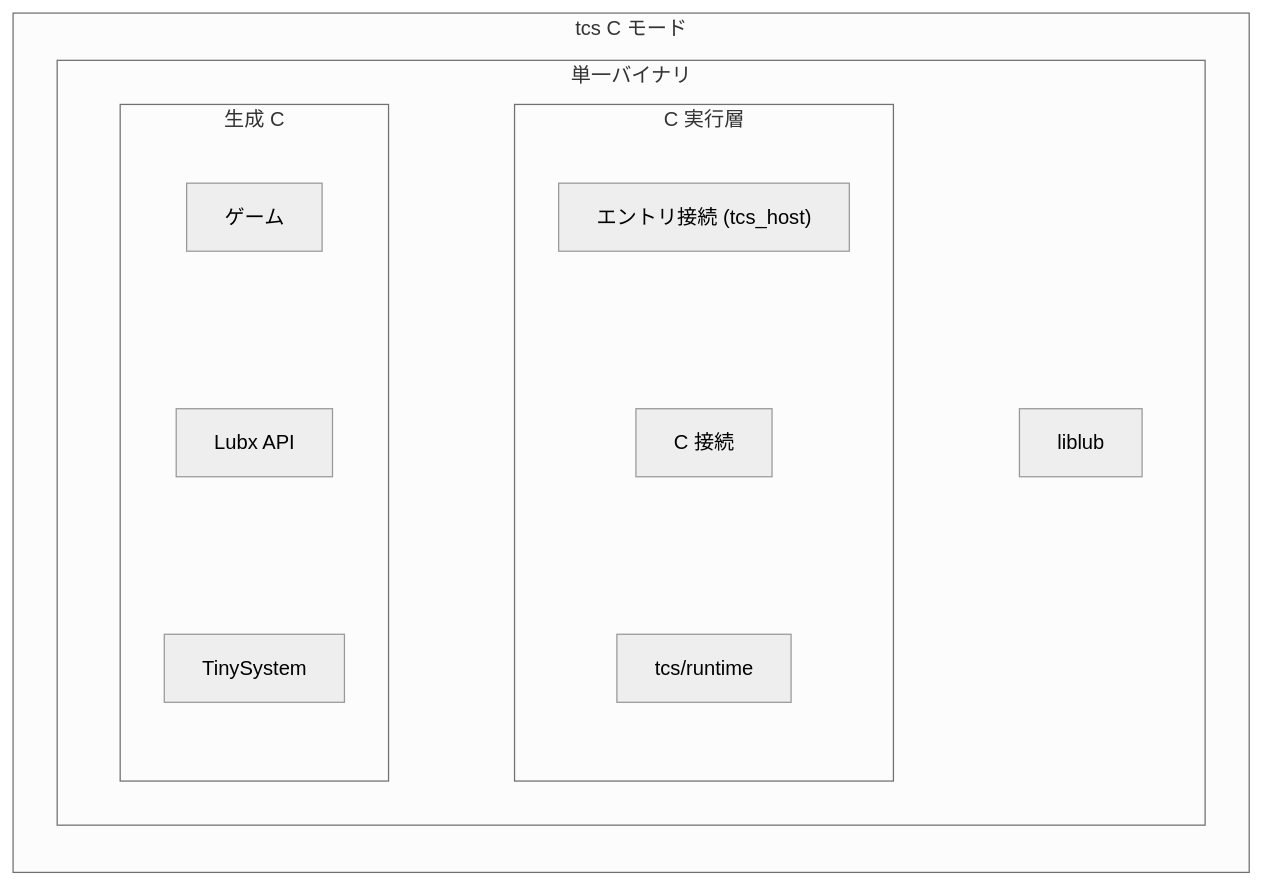
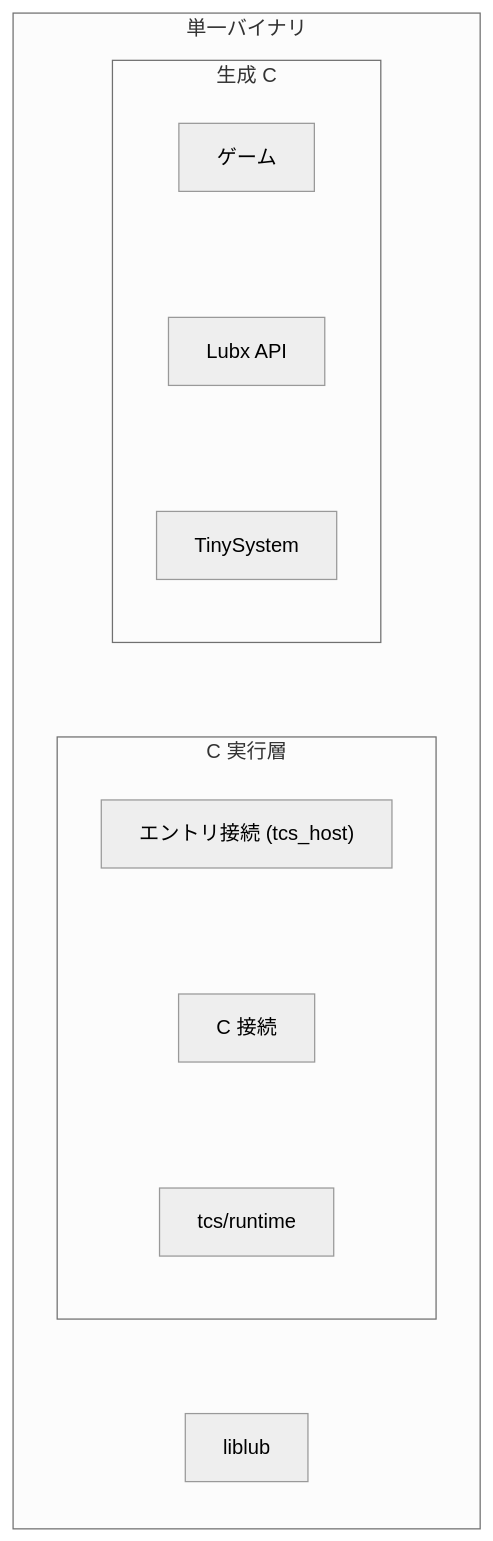
One commit to neguse/lub changed the second of 3 diagrams in docs/develop.md. Above: the diagram before and after it, drawn with Mermaid (neutral theme). The commit also changed other lines of this file, not shown here.

Commit message:
docs/develop.md の各実行モードに説明を足し、図の外枠を整理する

````diff
--- a/docs/develop.md
+++ b/docs/develop.md
@@ -34,17 +42,15 @@
 ```mermaid
 flowchart LR
-    subgraph tcsc["tcs C モード"]
-        subgraph c_bin["単一バイナリ"]
-            subgraph c_mod["生成 C"]
-                direction TB
-                c_game["ゲーム"] ~~~ c_lubx["Lubx API"] ~~~ c_ts["TinySystem"]
-            end
-            subgraph c_core["C 実行層"]
-                direction TB
-                c_host["エントリ接続 (tcs_host)"] ~~~ c_glue["C 接続"] ~~~ c_rt["tcs/runtime"]
-            end
-            c_lib["liblub"]
-            c_mod ~~~ c_core ~~~ c_lib
+    subgraph c_bin["単一バイナリ"]
+        subgraph c_mod["生成 C"]
+            direction TB
+            c_game["ゲーム"] ~~~ c_lubx["Lubx API"] ~~~ c_ts["TinySystem"]
         end
+        subgraph c_core["C 実行層"]
+            direction TB
+            c_host["エントリ接続 (tcs_host)"] ~~~ c_glue["C 接続"] ~~~ c_rt["tcs/runtime"]
+        end
+        c_lib["liblub"]
+        c_mod ~~~ c_core ~~~ c_lib
     end
 ```
````
